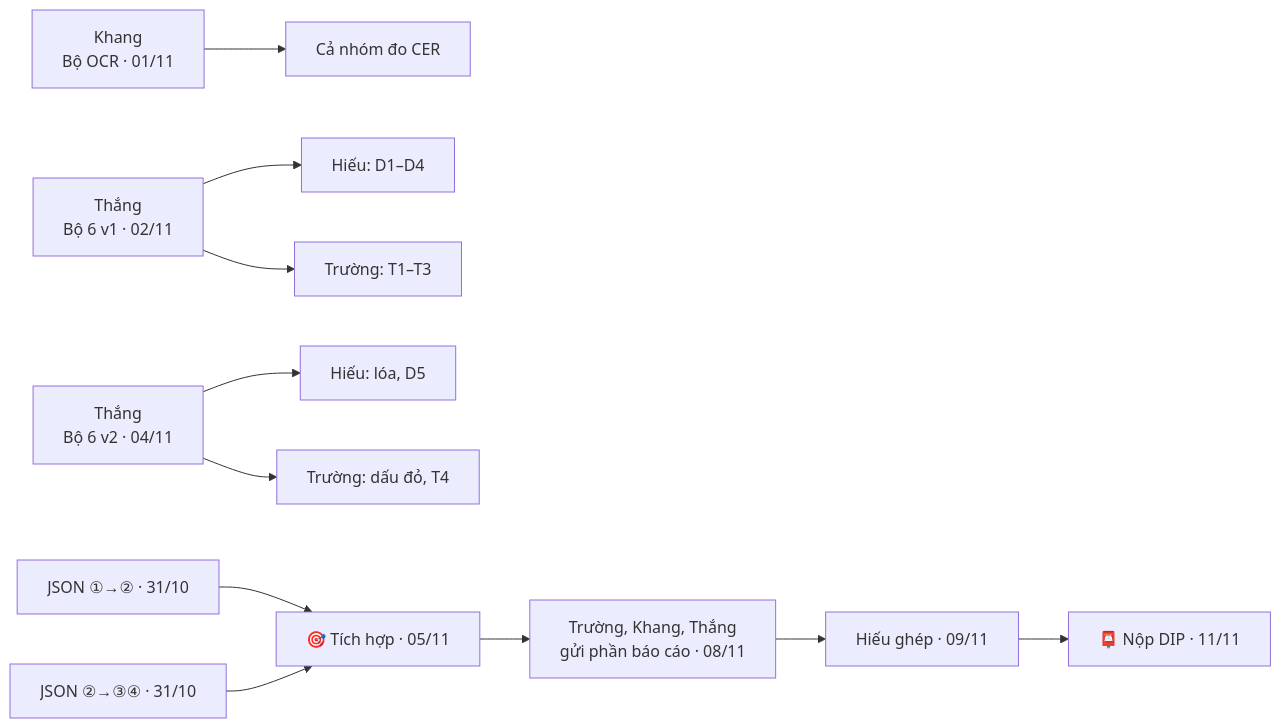
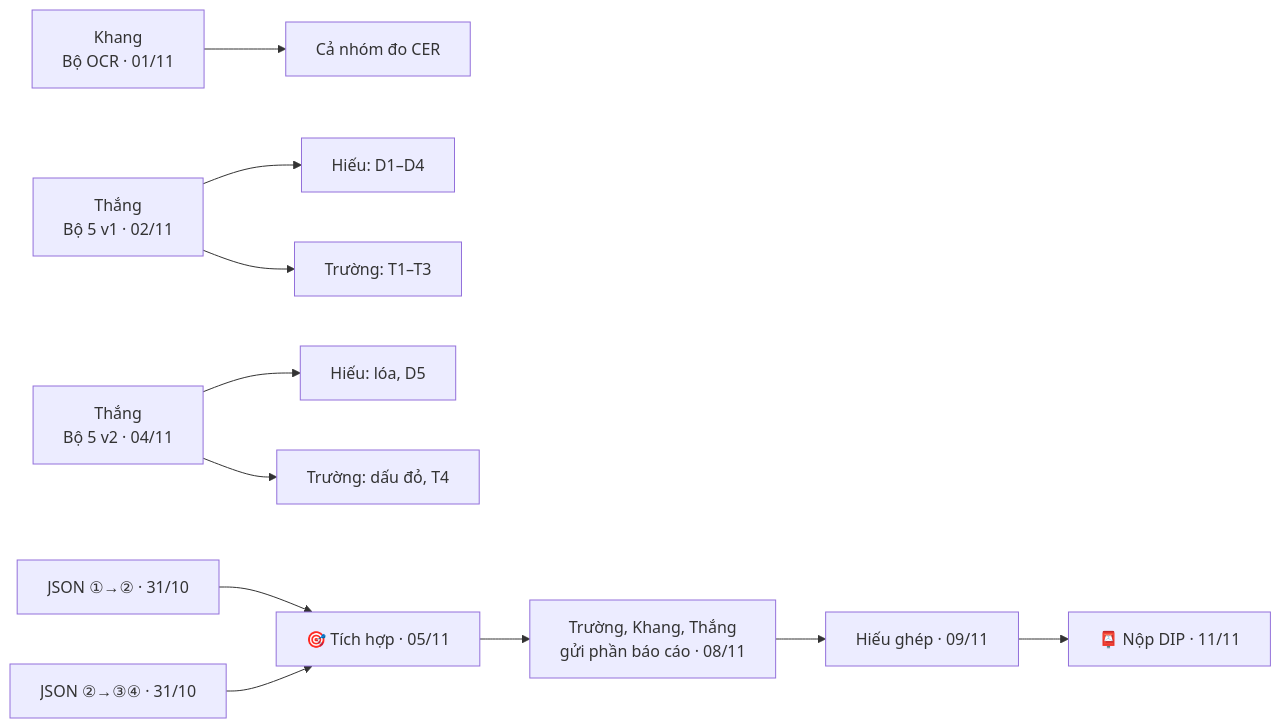
Before and after one commit to KhangDaoz/dip: the diagram in team/TienDo.md, drawn with Mermaid. The commit also changed other lines of this file and 29 other files, not shown here.

````diff
--- a/team/TienDo.md
+++ b/team/TienDo.md
@@ -23,13 +23,13 @@
 ```mermaid
 flowchart LR
     K1["Khang<br>Bộ OCR · 01/11"] --> ALL["Cả nhóm đo CER"]
-    T1["Thắng<br>Bộ 6 v1 · 02/11"] --> H["Hiếu: D1–D4"]
+    T1["Thắng<br>Bộ 5 v1 · 02/11"] --> H["Hiếu: D1–D4"]
     T1 --> TR["Trường: T1–T3"]
-    T2["Thắng<br>Bộ 6 v2 · 04/11"] --> H2["Hiếu: lóa, D5"]
+    T2["Thắng<br>Bộ 5 v2 · 04/11"] --> H2["Hiếu: lóa, D5"]
     T2 --> TR2["Trường: dấu đỏ, T4"]
     J1["JSON ①→② · 31/10"] --> I["🎯 Tích hợp · 05/11"]
     J2["JSON ②→③④ · 31/10"] --> I
     I --> R["Trường, Khang, Thắng<br>gửi phần báo cáo · 08/11"]
     R --> G["Hiếu ghép · 09/11"]
     G --> N["📮 Nộp DIP · 11/11"]
 ```
````
